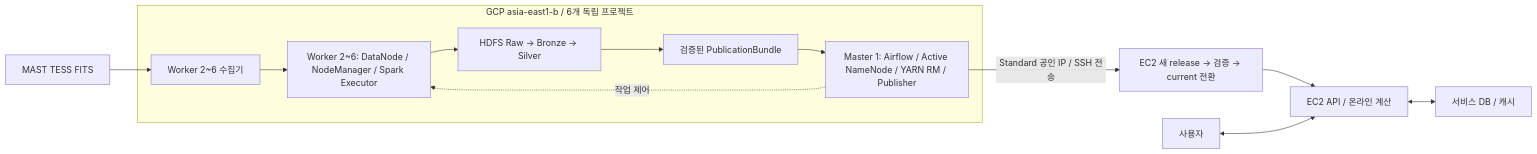
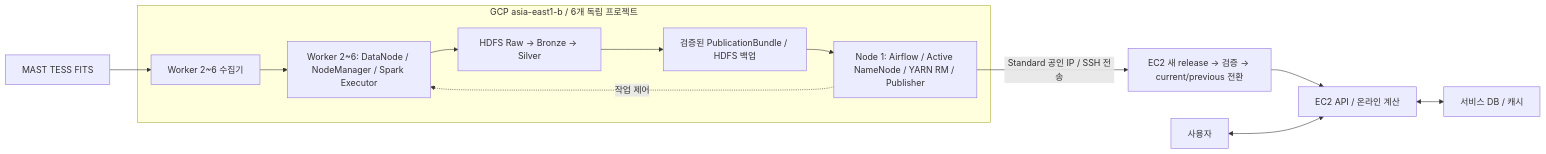
One commit to baekseunghak/planetory changed the diagram in docs/development/gcp-distributed-infrastructure.md. Above: the diagram before and after it, drawn with Mermaid. The commit also changed other lines of this file and 8 other files, not shown here.

Commit message:
docs(architecture): GCP와 Gold 운영 규칙 정리 [S15P21C206-28]

````diff
--- a/docs/development/gcp-distributed-infrastructure.md
+++ b/docs/development/gcp-distributed-infrastructure.md
@@ -7,16 +11,16 @@
 ```mermaid
 flowchart LR
   MAST[MAST TESS FITS] --> W[Worker 2~6 수집기]
   subgraph GCP[GCP asia-east1-b / 6개 독립 프로젝트]
-    M[Master 1: Airflow / Active NameNode / YARN RM / Publisher]
+    M[Node 1: Airflow / Active NameNode / YARN RM / Publisher]
     W --> H[Worker 2~6: DataNode / NodeManager / Spark Executor]
     M -.작업 제어.-> H
     H --> L[HDFS Raw → Bronze → Silver]
-    L --> P[검증된 PublicationBundle]
+    L --> P[검증된 PublicationBundle / HDFS 백업]
     P --> M
   end
-  M -->|Standard 공인 IP / SSH 전송| E[EC2 새 release → 검증 → current 전환]
+  M -->|Standard 공인 IP / SSH 전송| E[EC2 새 release → 검증 → current/previous 전환]
   E --> API[EC2 API / 온라인 계산]
   API <--> DB[서비스 DB / 캐시]
   U[사용자] <--> API
 ```
````
